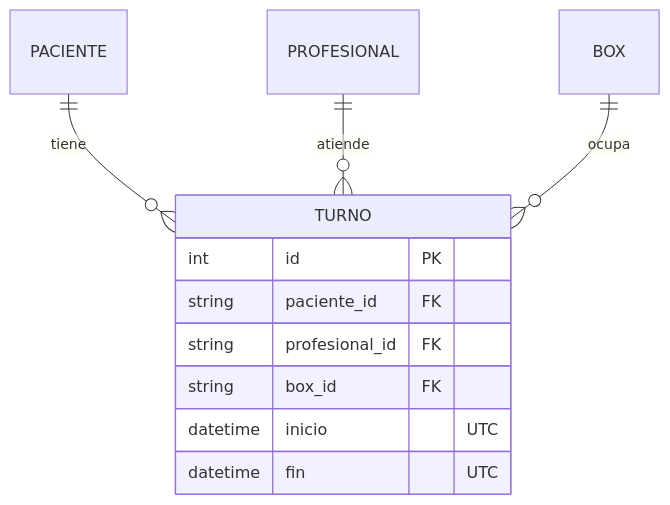
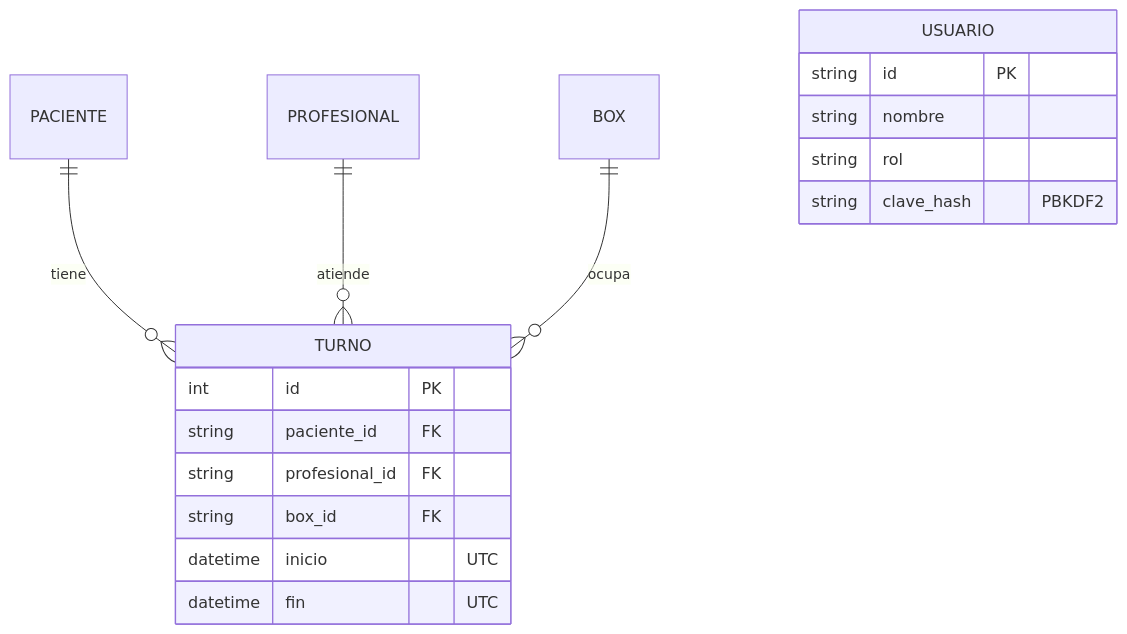
One commit to Nacho30/UTN-METODOLOGIA-TPI changed the diagram in knowledge-base/03_modelo_de_datos.md. Above: the diagram before and after it, drawn with Mermaid. The commit also changed other lines of this file and 14 other files, not shown here.

````diff
--- a/knowledge-base/03_modelo_de_datos.md
+++ b/knowledge-base/03_modelo_de_datos.md
@@ -3,14 +3,20 @@
 ```mermaid
 erDiagram
   PACIENTE ||--o{ TURNO : tiene
   PROFESIONAL ||--o{ TURNO : atiende
   BOX ||--o{ TURNO : ocupa
   TURNO {
     int id PK
     string paciente_id FK
     string profesional_id FK
     string box_id FK
     datetime inicio "UTC"
     datetime fin "UTC"
   }
+  USUARIO {
+    string id PK
+    string nombre
+    string rol
+    string clave_hash "PBKDF2"
+  }
 ```
````
